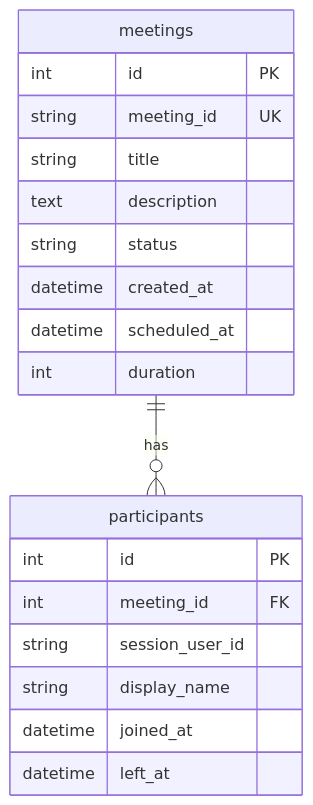
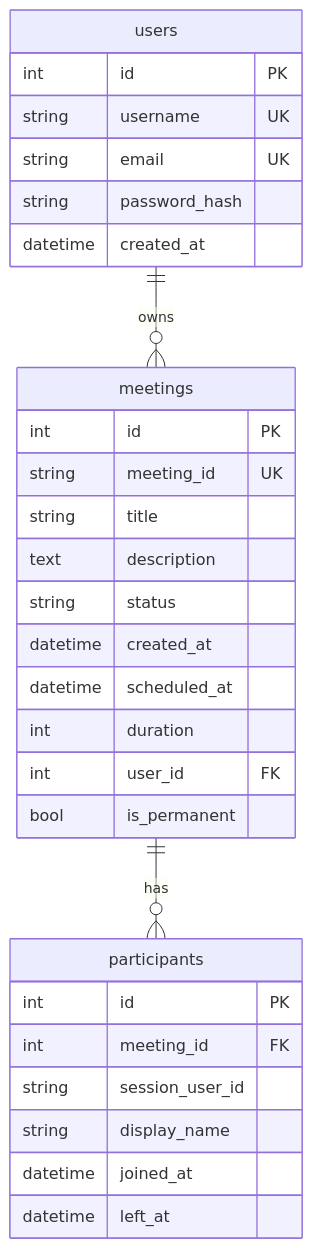
One commit to NerojuPavan/ZoomClone changed the second of 2 diagrams in README.md. Above: the diagram before and after it, drawn with Mermaid. The commit also changed other lines of this file, not shown here.

````diff
--- a/README.md
+++ b/README.md
@@ -319,22 +376,32 @@
 ```mermaid
 erDiagram
+    users ||--o{ meetings : owns
     meetings ||--o{ participants : has
+    users {
+        int id PK
+        string username UK
+        string email UK
+        string password_hash
+        datetime created_at
+    }
     meetings {
         int id PK
         string meeting_id UK
         string title
         text description
         string status
         datetime created_at
         datetime scheduled_at
         int duration
+        int user_id FK
+        bool is_permanent
     }
     participants {
         int id PK
         int meeting_id FK
         string session_user_id
         string display_name
         datetime joined_at
         datetime left_at
     }
 ```
````
